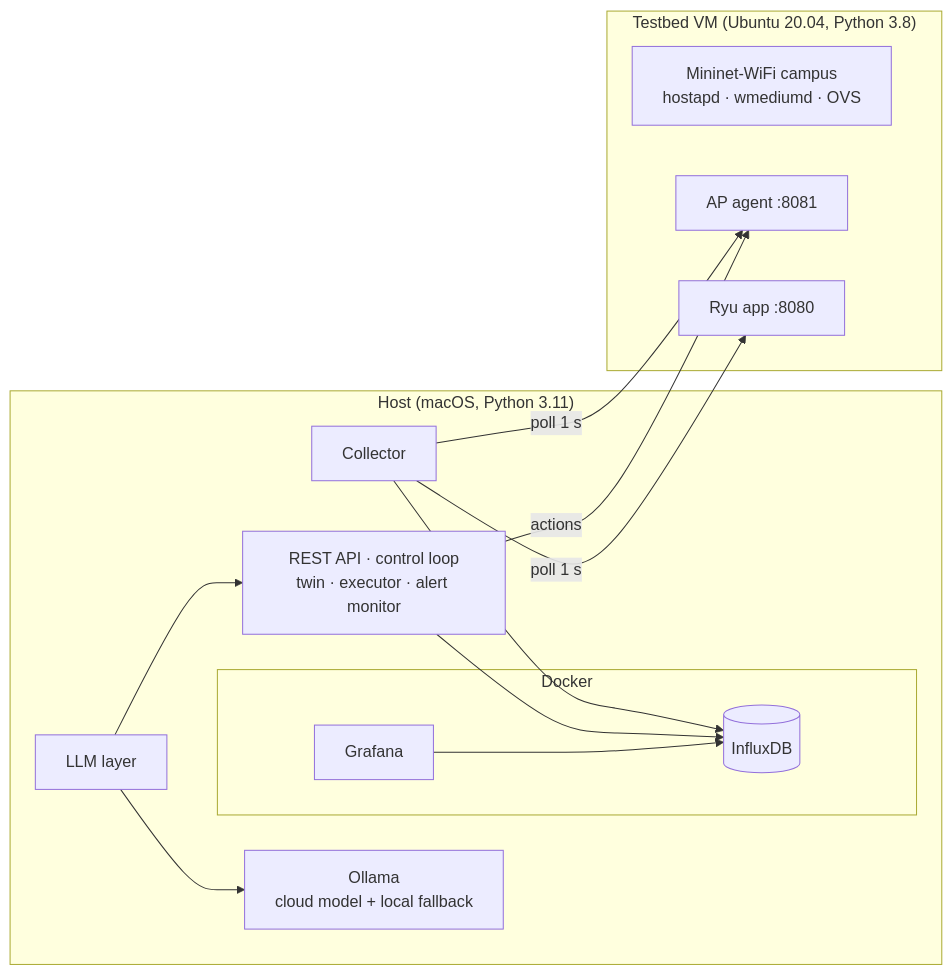
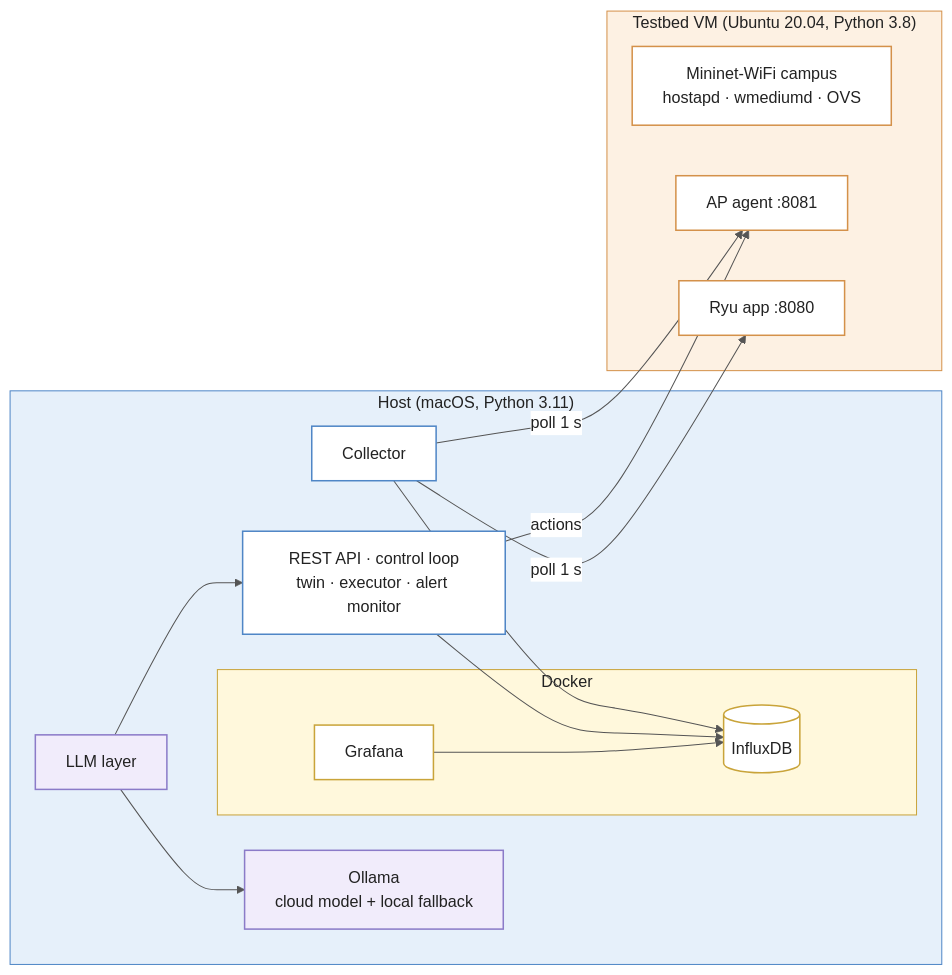
The diagram in docs/report/05_implementation.md (AggimallaAbhishek/Digital-Twin-SDN), drawn with Mermaid before and after one commit. The commit also changed 9 other files, not shown here.

Commit message:
style: add mermaid diagram themes, styling, and structural boxes to documentation figures

````diff
--- a/docs/report/05_implementation.md
+++ b/docs/report/05_implementation.md
@@ -7,26 +7,39 @@
 ```mermaid
+%%{init: {"theme": "base", "themeVariables": {"primaryColor": "#ffffff", "primaryTextColor": "#222222", "primaryBorderColor": "#666666", "lineColor": "#555555", "edgeLabelBackground": "#ffffff"}}}%%
 flowchart LR
     subgraph MAC["Host (macOS, Python 3.11)"]
         API["REST API · control loop<br/>twin · executor · alert monitor"]
         GEN["LLM layer"]
         COL["Collector"]
         subgraph DOCKER["Docker"]
             INF[("InfluxDB")]
             GRA["Grafana"]
         end
         OLL["Ollama<br/>cloud model + local fallback"]
     end
     subgraph VM["Testbed VM (Ubuntu 20.04, Python 3.8)"]
         MN["Mininet-WiFi campus<br/>hostapd · wmediumd · OVS"]
         AG["AP agent :8081"]
         RY["Ryu app :8080"]
     end
     COL -- "poll 1 s" --> AG
     COL -- "poll 1 s" --> RY
     COL --> INF
     API --> INF
     API -- "actions" --> AG
     GEN --> API
     GEN --> OLL
     GRA --> INF
+
+    style MAC fill:#E6F0FA,stroke:#4F86C6,color:#222222
+    style DOCKER fill:#FFF8DC,stroke:#C9A43A,color:#222222
+    style VM fill:#FDF1E3,stroke:#D4914A,color:#222222
+    classDef host fill:#ffffff,stroke:#4F86C6,stroke-width:1.5px
+    classDef store fill:#ffffff,stroke:#C9A43A,stroke-width:1.5px
+    classDef vm fill:#ffffff,stroke:#D4914A,stroke-width:1.5px
+    classDef llm fill:#F1ECFB,stroke:#8B7BC8,stroke-width:1.5px
+    class API,COL host
+    class GEN,OLL llm
+    class INF,GRA store
+    class MN,AG,RY vm
 ```
````
